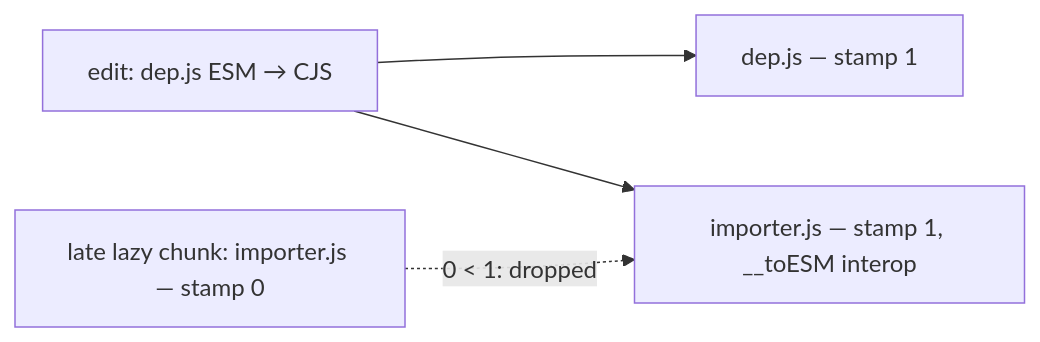
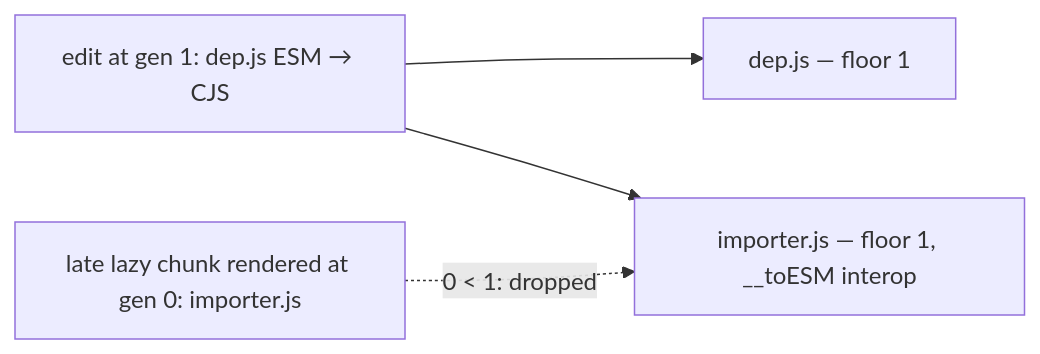
Before and after one commit to rolldown/rolldown: the first of 3 diagrams in internal-docs/hmr/design.md, drawn with Mermaid. The commit also changed other lines of this file and 194 other files, not shown here.

````diff
--- a/internal-docs/hmr/design.md
+++ b/internal-docs/hmr/design.md
@@ -344,6 +592,6 @@
 ```mermaid
 flowchart LR
-  edit["edit: dep.js ESM → CJS"] --> dep["dep.js — stamp 1"]
-  edit --> imp["importer.js — stamp 1, __toESM interop"]
-  late["late lazy chunk: importer.js — stamp 0"] -. "0 < 1: dropped" .-> imp
+  edit["edit at gen 1: dep.js ESM → CJS"] --> dep["dep.js — floor 1"]
+  edit --> imp["importer.js — floor 1, __toESM interop"]
+  late["late lazy chunk rendered at gen 0: importer.js"] -. "0 < 1: dropped" .-> imp
 ```
````
